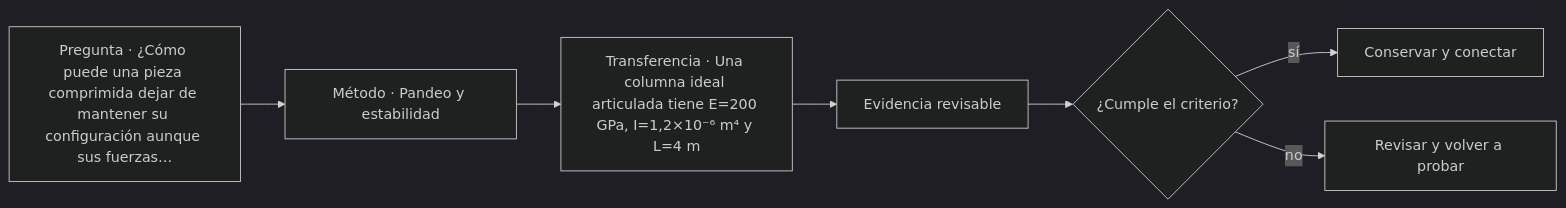
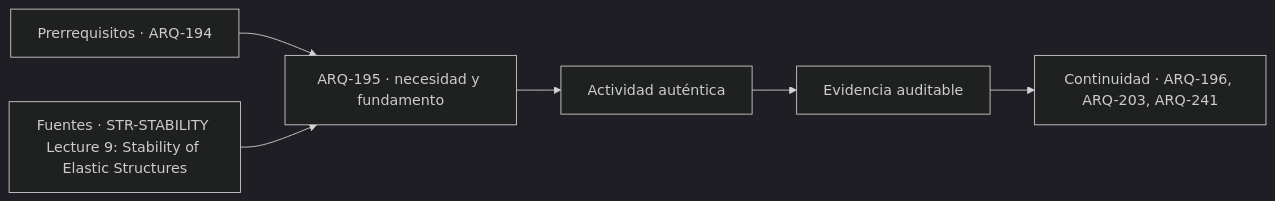
One commit to vladimiracunadev-create/architecture-built-environment-learning-program changed the diagram in classes/parte-20/ARQ-195.md. Above: the diagram before and after it, drawn with Mermaid (dark theme). The commit also changed other lines of this file and 761 other files, not shown here.

````diff
--- a/classes/parte-20/ARQ-195.md
+++ b/classes/parte-20/ARQ-195.md
@@ -121,9 +133,8 @@
 ```mermaid
 flowchart LR
-    Q["Pregunta · ¿Cómo puede una pieza comprimida dejar de mantener su configuración aunque sus fuerzas…"] --> M["Método · Pandeo y estabilidad"]
-    M --> P["Transferencia · Una columna ideal articulada tiene E=200 GPa, I=1,2×10⁻⁶ m⁴ y L=4 m"]
-    P --> E["Evidencia revisable"]
-    E --> C{"¿Cumple el criterio?"}
-    C -->|sí| T["Conservar y conectar"]
-    C -->|no| R["Revisar y volver a probar"]
+    A["Prerrequisitos · ARQ-194"] --> B["ARQ-195 · necesidad y fundamento"]
+    S["Fuentes · STR-STABILITY Lecture 9: Stability of Elastic Structures"] --> B
+    B --> C["Actividad auténtica"]
+    C --> D["Evidencia auditable"]
+    D --> E["Continuidad · ARQ-196, ARQ-203, ARQ-241"]
 ```
````
